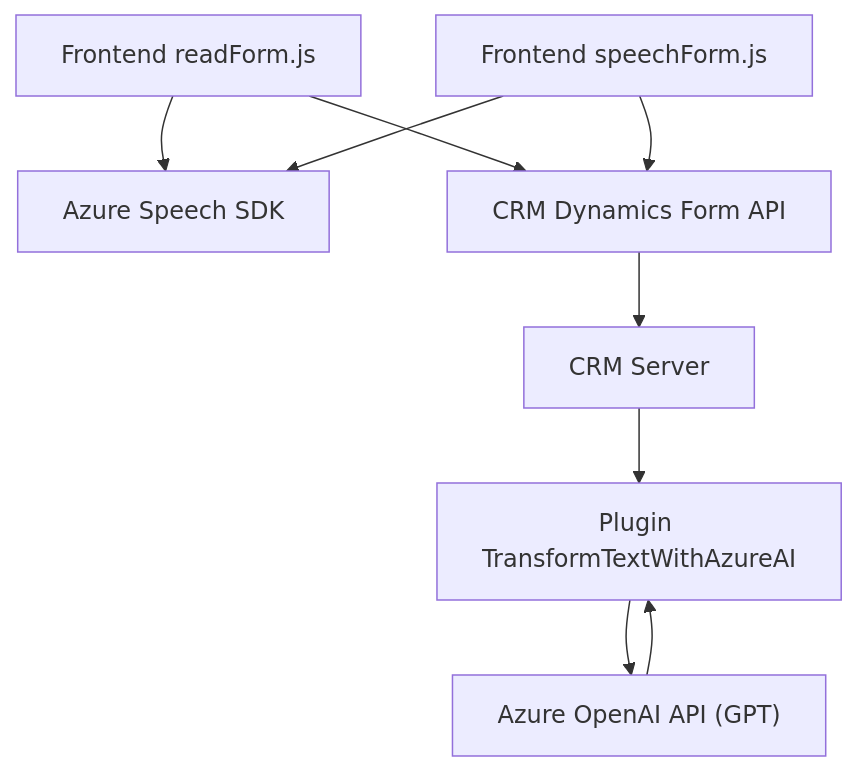
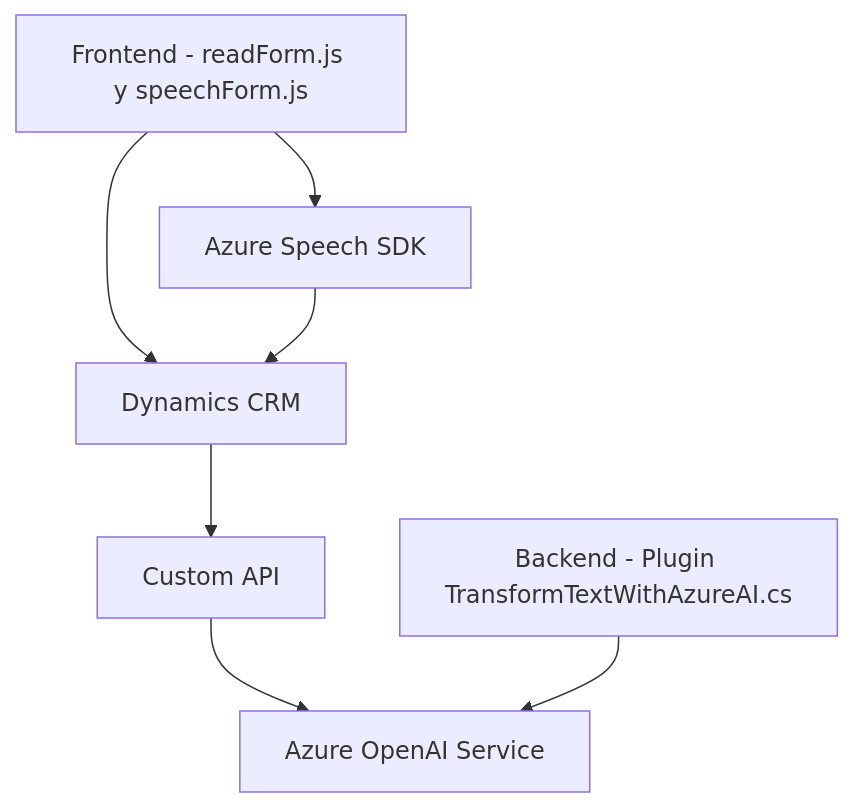
Before and after one commit to blopezdm/NETCORE_BILBAO2025: the diagram in README.md, drawn with Mermaid. The commit also changed other lines of this file, not shown here.

````diff
--- a/README.md
+++ b/README.md
@@ -31,11 +16,16 @@
 ```mermaid
 graph TD
-    A["Frontend readForm.js"] --> B["Azure Speech SDK"]
-    A --> C["CRM Dynamics Form API"]
-    D["Frontend speechForm.js"] --> B
-    D --> C
-    C --> E["CRM Server"]
-    E --> F["Plugin TransformTextWithAzureAI"]
-    F --> G["Azure OpenAI API (GPT)"]
-    G --> F
+    A["Frontend - readForm.js y speechForm.js"]
+    B["Azure Speech SDK"]
+    C["Backend - Plugin TransformTextWithAzureAI.cs"]
+    D["Dynamics CRM"]
+    E["Azure OpenAI Service"]
+    F["Custom API"]
+
+    A --> B
+    A --> D
+    B --> D
+    D --> F
+    F --> E
+    C --> E
 ```
````
